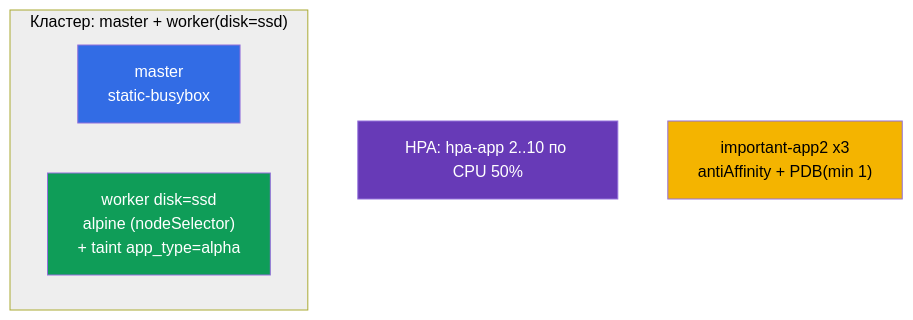
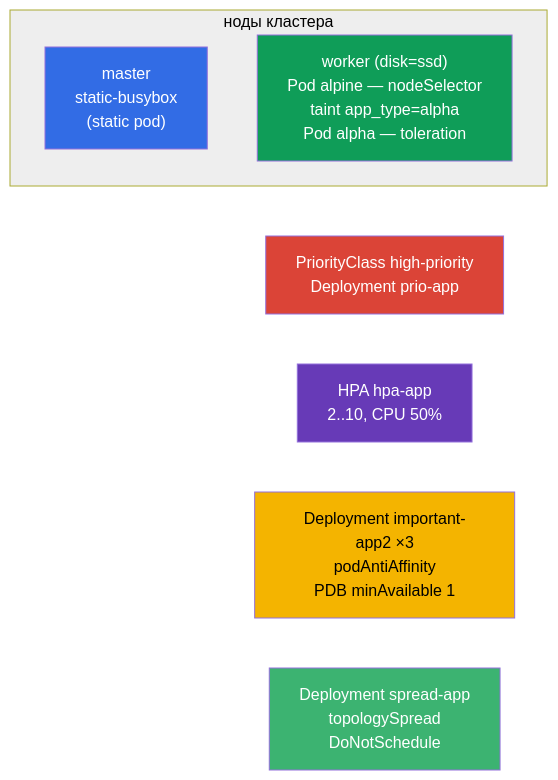
The diagram in tasks/cka/labs/104/README_RU.MD (ViktorUJ/cks), drawn with Mermaid before and after one commit. The commit also changed other lines of this file and 36 other files, not shown here.

````diff
--- a/tasks/cka/labs/104/README_RU.MD
+++ b/tasks/cka/labs/104/README_RU.MD
@@ -35,14 +43,22 @@
 ```mermaid
 flowchart TB
-    subgraph cluster["Кластер: master + worker(disk=ssd)"]
-        m["master<br>static-busybox"]
-        w["worker disk=ssd<br>alpine (nodeSelector)<br>+ taint app_type=alpha"]
+    subgraph cluster["ноды кластера"]
+        m["master<br>static-busybox<br>(static pod)"]
+        w["worker (disk=ssd)<br>Pod alpine — nodeSelector<br>taint app_type=alpha<br>Pod alpha — toleration"]
     end
-    hpa["HPA: hpa-app 2..10 по CPU 50%"]
-    pdb["important-app2 x3<br>antiAffinity + PDB(min 1)"]
+    prio["PriorityClass high-priority<br>Deployment prio-app"]
+    hpa["HPA hpa-app<br>2..10, CPU 50%"]
+    pdb["Deployment important-app2 ×3<br>podAntiAffinity<br>PDB minAvailable 1"]
+    spread["Deployment spread-app<br>topologySpread<br>DoNotSchedule"]
+    w ~~~ prio
+    prio ~~~ hpa
+    hpa ~~~ pdb
+    pdb ~~~ spread
     style cluster fill:#eeeeee,color:#000
     style m fill:#326ce5,color:#fff
     style w fill:#0f9d58,color:#fff
+    style prio fill:#db4437,color:#fff
     style hpa fill:#673ab7,color:#fff
     style pdb fill:#f4b400,color:#000
+    style spread fill:#3cb371,color:#fff
 ```
````
